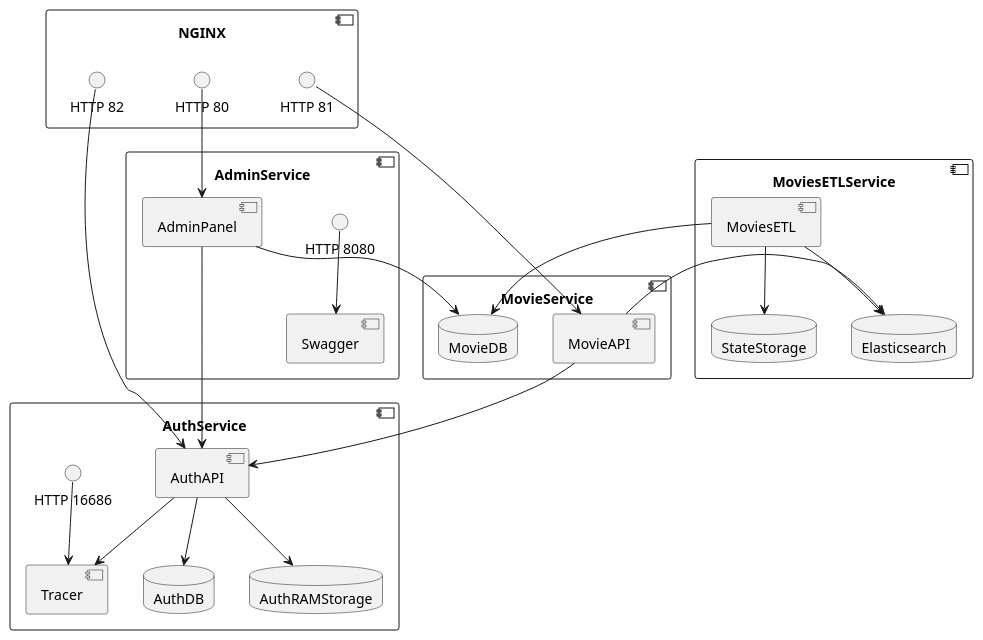
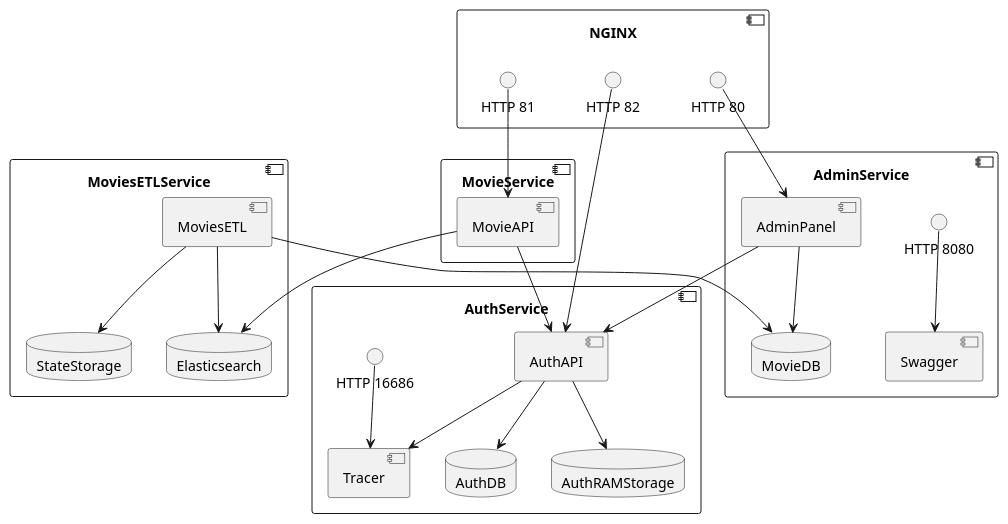
Before and after one commit to evteevakb/online-cinema: the diagram in docs/diagrams/src/ContainerDiagramAsIs.plantuml, drawn with PlantUML. The commit also changed other lines of this file and 1 other file, not shown here.

Commit message:
Move MovieDB to AdminService

```diff
--- a/docs/diagrams/src/ContainerDiagramAsIs.plantuml
+++ b/docs/diagrams/src/ContainerDiagramAsIs.plantuml
@@ -1,55 +1,55 @@
 @startuml ContainerDiagramAsIs
 skinparam componentStyle uml2
 
 component NGINX {
     interface "HTTP 80" as AdminPort
     interface "HTTP 81" as MovieAPIPort
     interface "HTTP 82" as AuthPort
 }
 
 component AdminService {
     [AdminPanel]
     [Swagger]
+    database MovieDB
     interface "HTTP 8080" as SwaggerPort
 }
 
 component MovieService {
     [MovieAPI]
-    database MovieDB
 }
 
 component MoviesETLService {
     [MoviesETL]
     database StateStorage
     database Elasticsearch
 }
 
 component AuthService {
     [AuthAPI]
     [Tracer]
     database AuthDB
     database AuthRAMStorage
     interface "HTTP 16686" as JaegerPort
 }
 
 AdminPort --> [AdminPanel]
 MovieAPIPort --> [MovieAPI]
 AuthPort --> [AuthAPI]
 SwaggerPort --> [Swagger]
 JaegerPort --> [Tracer]
 
 [AdminPanel] --> MovieDB
 [AdminPanel] --> [AuthAPI]
 
 [MovieAPI] --> AuthAPI
 [MovieAPI] --> Elasticsearch
 
 [MoviesETL] --> MovieDB
 [MoviesETL] --> Elasticsearch
 [MoviesETL] --> StateStorage
 
 [AuthAPI] --> AuthDB
 [AuthAPI] --> AuthRAMStorage
 [AuthAPI] --> [Tracer]
 
 @enduml
```
